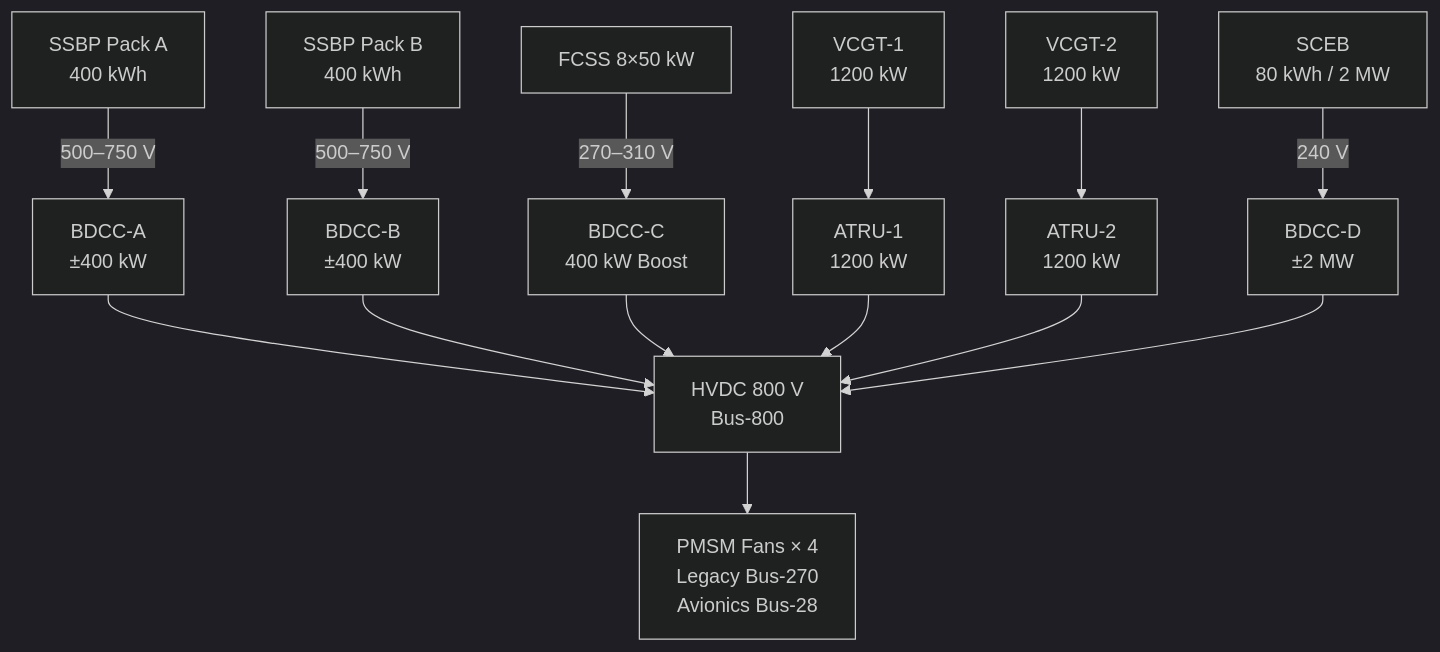
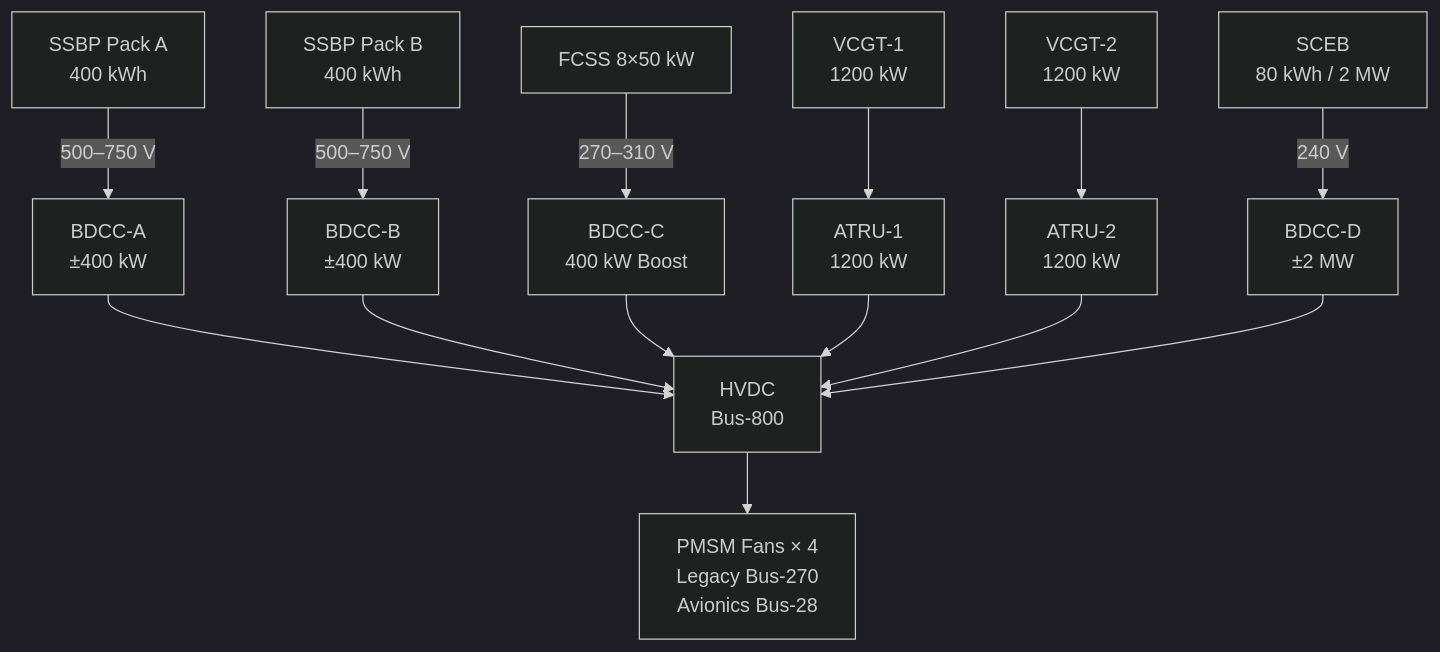
The diagram in Q+ATLANTIDE/000-099_ATLAS/080-089_Propulsion-Alternativa-y-Cuantica/084_Hybrid-Architectures-Beyond-Gen-2/084-030-Multi-Source-Energy-Architecture.md (AmedeoPelliccia/Qplus-For-All-Queer-People-and-Quantum), drawn with Mermaid (dark theme) before and after one commit. The commit also changed other lines of this file and 676 other files, not shown here.

````diff
--- a/Q+ATLANTIDE/000-099_ATLAS/080-089_Propulsion-Alternativa-y-Cuantica/084_Hybrid-Architectures-Beyond-Gen-2/084-030-Multi-Source-Energy-Architecture.md
+++ b/Q+ATLANTIDE/000-099_ATLAS/080-089_Propulsion-Alternativa-y-Cuantica/084_Hybrid-Architectures-Beyond-Gen-2/084-030-Multi-Source-Energy-Architecture.md
@@ -135,16 +136,16 @@
 ```mermaid
 flowchart TB
     SSBP_A[SSBP Pack A\n400 kWh] -->|500–750 V| BDCC_A[BDCC-A\n±400 kW]
     SSBP_B[SSBP Pack B\n400 kWh] -->|500–750 V| BDCC_B[BDCC-B\n±400 kW]
     FCSS[FCSS 8×50 kW] -->|270–310 V| BDCC_C[BDCC-C\n400 kW Boost]
     VCGT1[VCGT-1\n1200 kW] --> ATRU1[ATRU-1\n1200 kW]
     VCGT2[VCGT-2\n1200 kW] --> ATRU2[ATRU-2\n1200 kW]
     SCEB[SCEB\n80 kWh / 2 MW] -->|240 V| BDCC_D[BDCC-D\n±2 MW]
-    BDCC_A --> BUS[HVDC 800 V\nBus-800]
+    BDCC_A --> BUS[HVDC <NOMINAL-VOLTAGE>\nBus-800]
     BDCC_B --> BUS
     BDCC_C --> BUS
     ATRU1 --> BUS
     ATRU2 --> BUS
     BDCC_D --> BUS
     BUS --> LOADS[PMSM Fans × 4\nLegacy Bus-270\nAvionics Bus-28]
 ```
````
